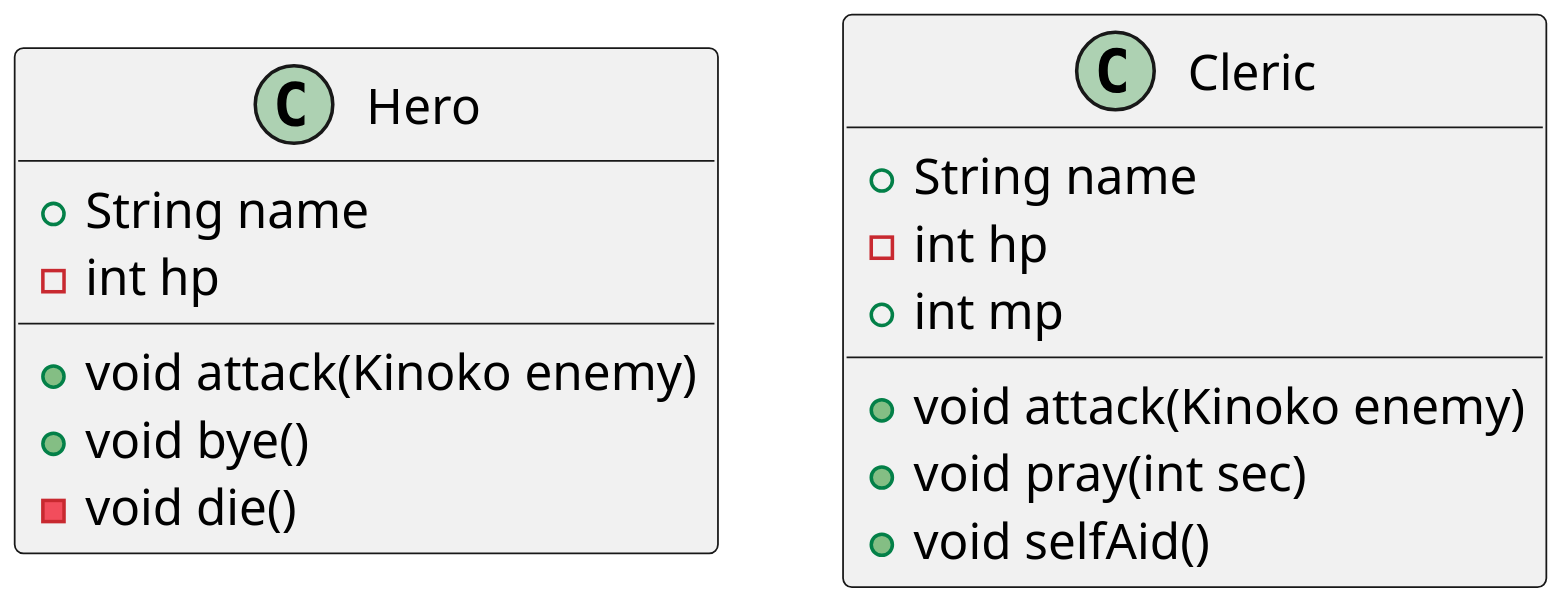
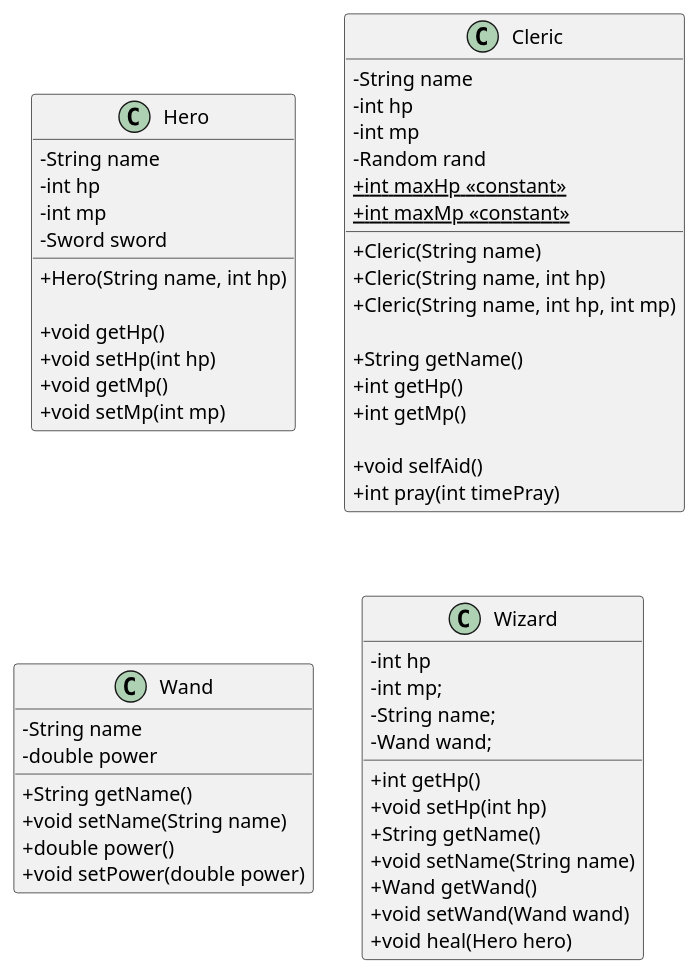
The diagram in src/main/java/com/survivalcoding/game.puml (SurvivalCodingCampus/polytech_java_study), drawn with PlantUML before and after one commit.

Commit message:
docs: Hero, Cleric, Wand, Wizard 클래스에 대한 UML 추가

```diff
--- a/src/main/java/com/survivalcoding/game.puml
+++ b/src/main/java/com/survivalcoding/game.puml
@@ -1,25 +1,66 @@
 @startuml
 'https://plantuml.com/class-diagram
 
-scale 2.5
+scale 1
+skinparam classAttributeIconSize 0
 
 class Hero {
-    + String name
+    - String name
     - int hp
+    - int mp
+    - Sword sword
 
-    + void attack(Kinoko enemy)
-    + void bye()
-    - void die()
+    + Hero(String name, int hp)
+
+    + void getHp()
+    + void setHp(int hp)
+    + void getMp()
+    + void setMp(int mp)
 }
 
 class Cleric {
-    + String name
+    - String name
     - int hp
-    + int mp
+    - int mp
+    - Random rand
+    {static} + int maxHp <<constant>>
+    {static} + int maxMp <<constant>>
 
-    + void attack(Kinoko enemy)
-    + void pray(int sec)
+    + Cleric(String name)
+    + Cleric(String name, int hp)
+    + Cleric(String name, int hp, int mp)
+
+    + String getName()
+    + int getHp()
+    + int getMp()
+
     + void selfAid()
+    + int pray(int timePray)
+}
+
+class Wand {
+    - String name
+    - double power
+
+    + String getName()
+    + void setName(String name)
+    + double power()
+    + void setPower(double power)
+}
+
+class Wizard {
+    - int hp
+    - int mp;
+    - String name;
+    - Wand wand;
+
+    + int getHp()
+    + void setHp(int hp)
+    + String getName()
+    + void setName(String name)
+    + Wand getWand()
+    + void setWand(Wand wand)
+    + void heal(Hero hero)
 }
 
 @enduml
```
